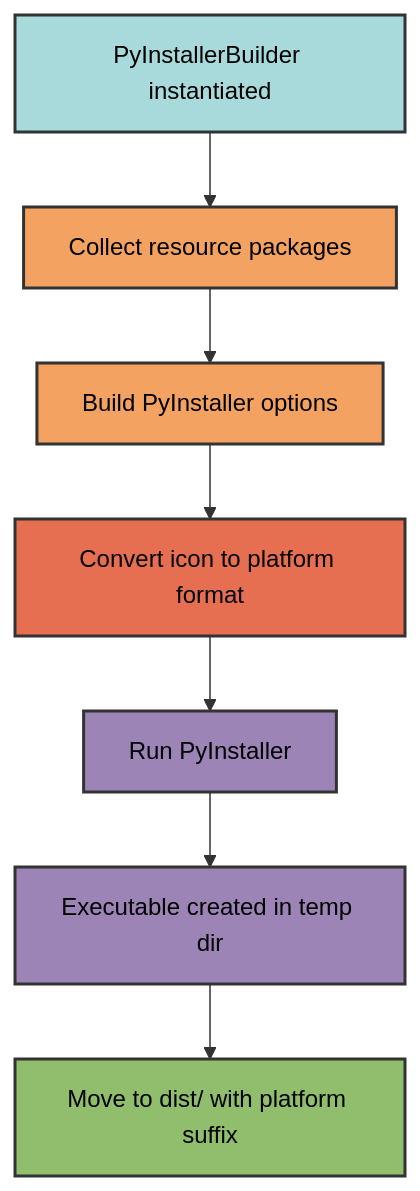
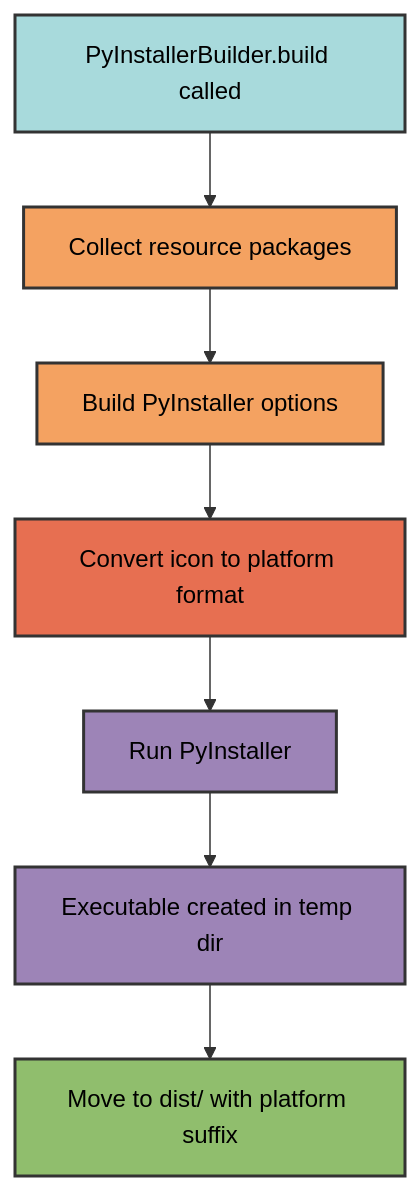
One commit to Winipedia/pyrig changed the first of 2 diagrams in docs/builders/pyinstaller.md. Above: the diagram before and after it, drawn with Mermaid. The commit also changed other lines of this file and 48 other files, not shown here.

````diff
--- a/docs/builders/pyinstaller.md
+++ b/docs/builders/pyinstaller.md
@@ -67,17 +67,17 @@
 ```mermaid
 graph TD
-    A[PyInstallerBuilder instantiated] --> B[Collect resource packages]
+    A[PyInstallerBuilder.build called] --> B[Collect resource packages]
     B --> C[Build PyInstaller options]
     C --> D[Convert icon to platform format]
     D --> E[Run PyInstaller]
     E --> F[Executable created in temp dir]
     F --> G[Move to dist/ with platform suffix]
 
     style A fill:#a8dadc,stroke:#333,stroke-width:2px,color:#000
     style B fill:#f4a261,stroke:#333,stroke-width:2px,color:#000
     style C fill:#f4a261,stroke:#333,stroke-width:2px,color:#000
     style D fill:#e76f51,stroke:#333,stroke-width:2px,color:#000
     style E fill:#9d84b7,stroke:#333,stroke-width:2px,color:#000
     style F fill:#9d84b7,stroke:#333,stroke-width:2px,color:#000
     style G fill:#90be6d,stroke:#333,stroke-width:2px,color:#000
 ```
````
